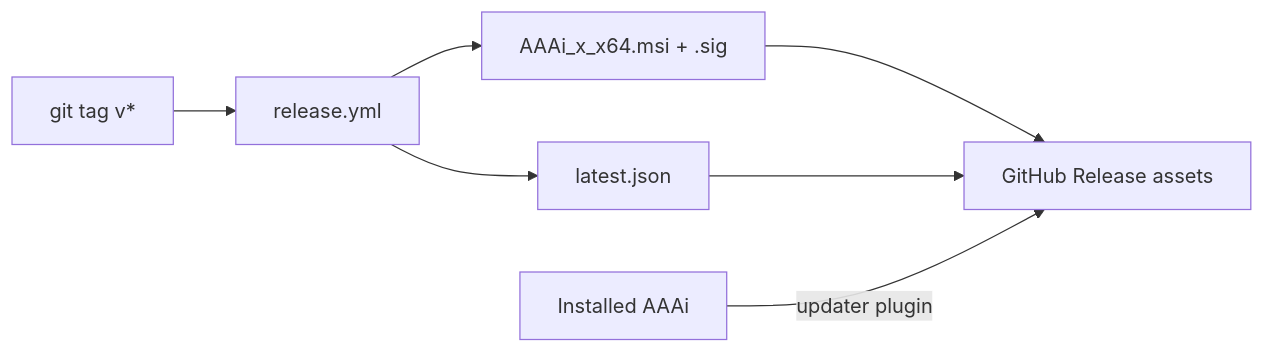
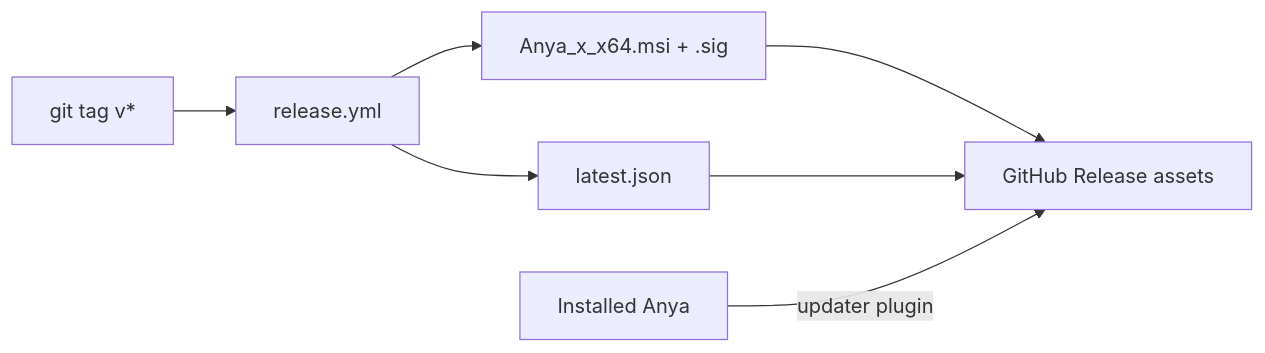
Diagram 11 of 11 in docs/architecture-overview.md (rururunu/AAAi), drawn with Mermaid before and after one commit. The commit also changed other lines of this file and 153 other files, not shown here.

Commit message:
feat: Anya 品牌化、自定义厂商预设与聊天/存储优化 - 产品更名 Anya（图标、文档、发版产物与 eval 二进制） - 自定义提供商：MiMo / 智谱 GLM / 火山方舟 / MiniMax / Kimi 预设与图标；OpenAI /v1/models 拉模型；设置页与引导页对齐 - 会话 SQLite：索引、journal 批量写入、大 JSON 截断、按会话懒加载，降低写放大 - 思考过程续轮/折叠与工作时间线体验优化；输入区附件/文件树与提及相关改进 - 清理未使用 API，消除 dead_code 编译告警

````diff
--- a/docs/architecture-overview.md
+++ b/docs/architecture-overview.md
@@ -485,9 +485,9 @@
 ```mermaid
 flowchart LR
   Tag[git tag v*] --> CI[release.yml]
-  CI --> MSI[AAAi_x_x64.msi + .sig]
+  CI --> MSI[Anya_x_x64.msi + .sig]
   CI --> LJ[latest.json]
   MSI --> GH[GitHub Release assets]
   LJ --> GH
-  App[Installed AAAi] -->|updater plugin| GH
+  App[Installed Anya] -->|updater plugin| GH
 ```
````
